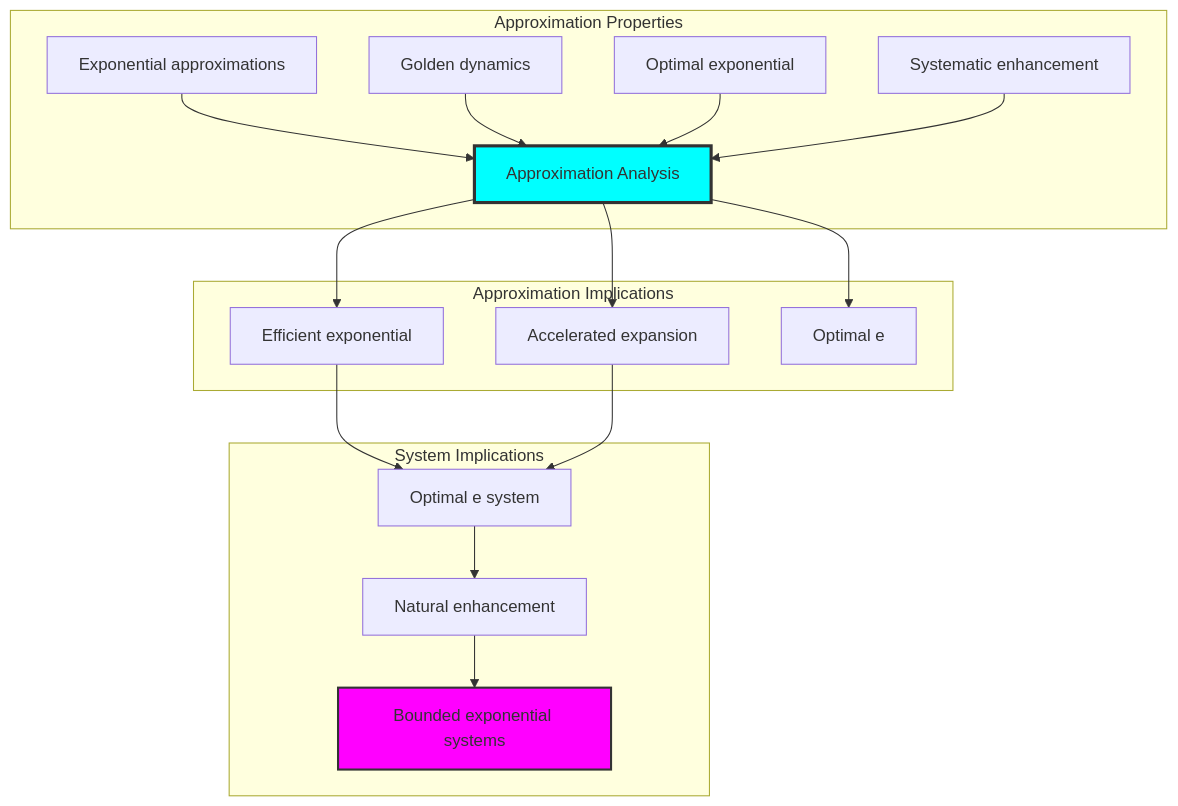
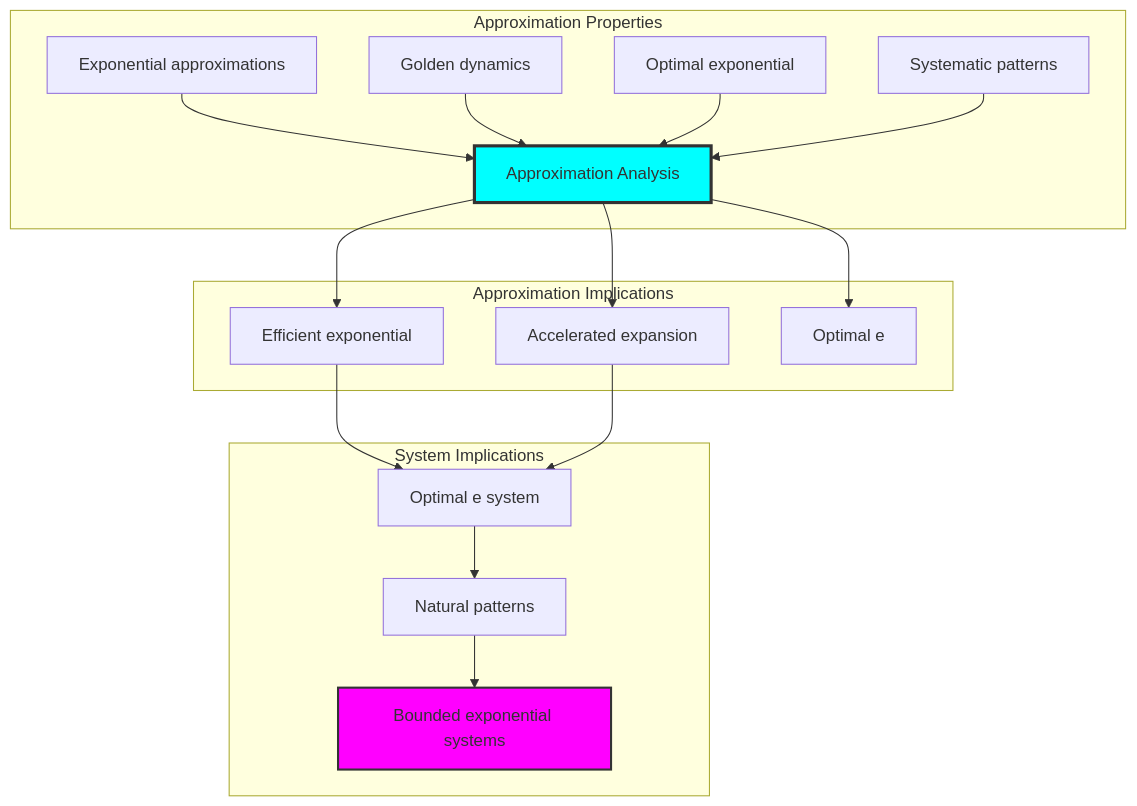
Before and after one commit to loning/the-binarymath: the fourth of 8 diagrams in docs/codex/volume-05-spectral-collapse/chapter-084-e-collapse.md, drawn with Mermaid. The commit also changed other lines of this file and 9 other files, not shown here.

````diff
--- a/docs/codex/volume-05-spectral-collapse/chapter-084-e-collapse.md
+++ b/docs/codex/volume-05-spectral-collapse/chapter-084-e-collapse.md
@@ -266,34 +262,34 @@
 ```mermaid
 graph TD
     subgraph "Approximation Properties"
         EXPONENTIAL_APPROXIMATIONS["Exponential approximations"]
         GOLDEN_DYNAMICS["Golden dynamics"]
         OPTIMAL_EXPONENTIAL["Optimal exponential"]
-        SYSTEMATIC_ENHANCEMENT["Systematic enhancement"]
+        SYSTEMATIC_PATTERNS["Systematic patterns"]
         
         APPROXIMATION_ANALYSIS["Approximation Analysis"]
         
-        EXPONENTIAL_APPROXIMATIONS & GOLDEN_DYNAMICS & OPTIMAL_EXPONENTIAL & SYSTEMATIC_ENHANCEMENT --> APPROXIMATION_ANALYSIS
+        EXPONENTIAL_APPROXIMATIONS & GOLDEN_DYNAMICS & OPTIMAL_EXPONENTIAL & SYSTEMATIC_PATTERNS --> APPROXIMATION_ANALYSIS
     end
     
     subgraph "Approximation Implications"
         EFFICIENT_EXPONENTIAL["Efficient exponential"]
         ACCELERATED_EXPANSION["Accelerated expansion"]
         OPTIMAL_E["Optimal e"]
         
         APPROXIMATION_ANALYSIS --> EFFICIENT_EXPONENTIAL & ACCELERATED_EXPANSION & OPTIMAL_E
     end
     
     subgraph "System Implications"
         OPTIMAL_E_SYSTEM["Optimal e system"]
-        NATURAL_ENHANCEMENT["Natural enhancement"]
+        NATURAL_PATTERNS["Natural patterns"]
         BOUNDED_EXPONENTIAL_SYSTEMS["Bounded exponential systems"]
         
         EFFICIENT_EXPONENTIAL & ACCELERATED_EXPANSION --> OPTIMAL_E_SYSTEM
-        OPTIMAL_E_SYSTEM --> NATURAL_ENHANCEMENT
-        NATURAL_ENHANCEMENT --> BOUNDED_EXPONENTIAL_SYSTEMS
+        OPTIMAL_E_SYSTEM --> NATURAL_PATTERNS
+        NATURAL_PATTERNS --> BOUNDED_EXPONENTIAL_SYSTEMS
     end
     
     style APPROXIMATION_ANALYSIS fill:#0ff,stroke:#333,stroke-width:3px
     style BOUNDED_EXPONENTIAL_SYSTEMS fill:#f0f,stroke:#333,stroke-width:2px
 ```
````
